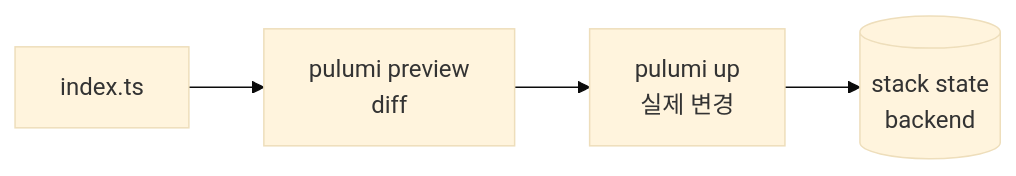
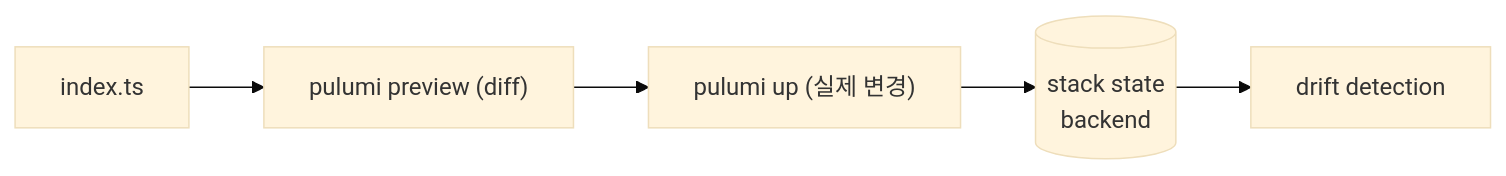
One commit to shinkeonkim/shinkeonkim.github.io changed the diagram in src/content/wiki/cloud/pulumi.mdx. Above: the diagram before and after it, drawn with Mermaid (base theme). The commit also changed other lines of this file and 526 other files, not shown here.

First line of the commit message:
content(wiki): 전수조사 및 대규모 보강 (짧은 파일 0, mermaid +645)

````diff
--- a/src/content/wiki/cloud/pulumi.mdx
+++ b/src/content/wiki/cloud/pulumi.mdx
@@ -40,6 +51,7 @@
 ```mermaid
 flowchart LR
-    Code[index.ts] --> Preview[pulumi preview<br/>diff]
-    Preview --> Up[pulumi up<br/>실제 변경]
-    Up --> State[(stack state<br/>backend)]
+    Code["index.ts"] --> Preview["pulumi preview (diff)"]
+    Preview --> Up["pulumi up (실제 변경)"]
+    Up --> State[("stack state<br/>backend")]
+    State --> Drift["drift detection"]
 ```
````
